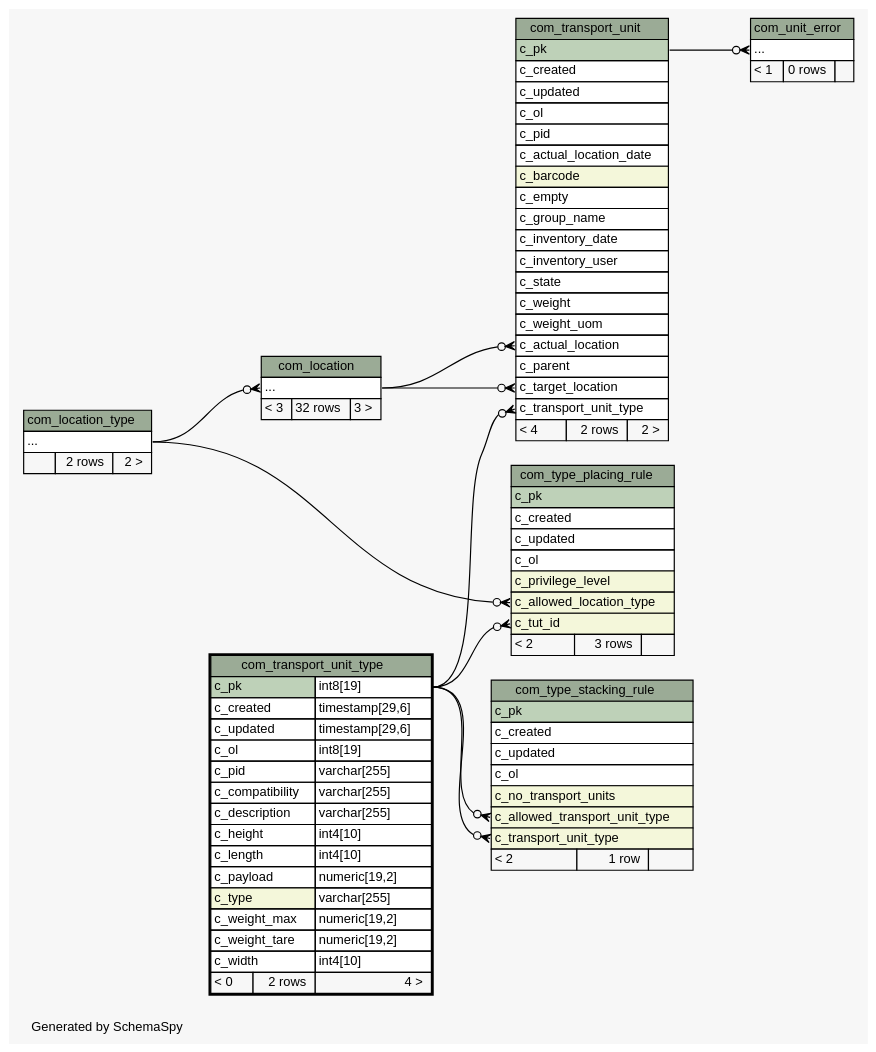
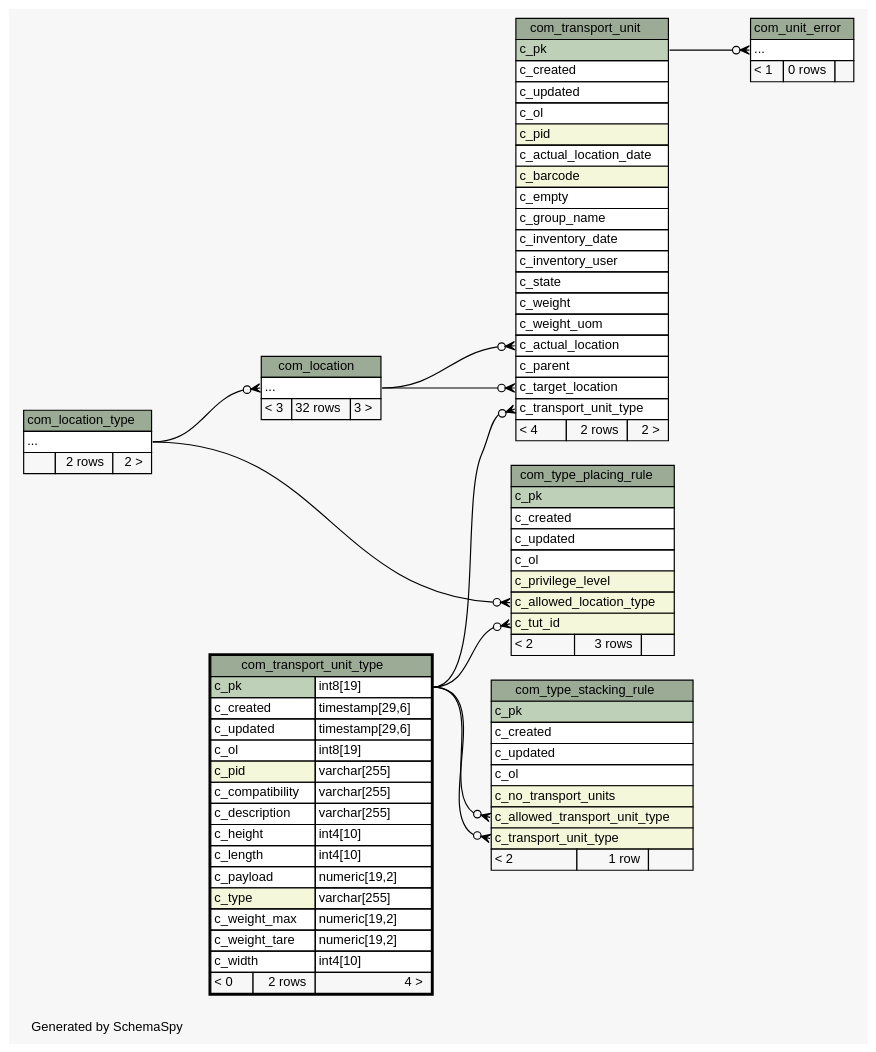
Before and after one commit to openwms/org.openwms.common.service.lib: the diagram in 2.0.0-SNAPSHOT/schemaspy/diagrams/com_transport_unit_type.2degrees.dot, drawn with Graphviz. The commit also changed 522 other files, not shown here.

```diff
--- a/2.0.0-SNAPSHOT/schemaspy/diagrams/com_transport_unit_type.2degrees.dot
+++ b/2.0.0-SNAPSHOT/schemaspy/diagrams/com_transport_unit_type.2degrees.dot
@@ -1,143 +1,143 @@
 // dot 2.43.0 on Linux 5.11.0-1028-azure
 // SchemaSpy rev Unknown
 digraph "twoDegreesRelationshipsDiagram" {
   graph [
     rankdir="RL"
     bgcolor="#f7f7f7"
     label="\nGenerated by SchemaSpy"
     labeljust="l"
     nodesep="0.18"
     ranksep="0.46"
     fontname="Helvetica"
     fontsize="11"
   ];
   node [
     fontname="Helvetica"
     fontsize="11"
     shape="plaintext"
   ];
   edge [
     arrowsize="0.8"
   ];
   "com_location":"elipses":w -> "com_location_type":"elipses":e [arrowhead=none dir=back arrowtail=crowodot];
   "com_transport_unit":"c_actual_location":w -> "com_location":"elipses":e [arrowhead=none dir=back arrowtail=crowodot];
   "com_transport_unit":"c_target_location":w -> "com_location":"elipses":e [arrowhead=none dir=back arrowtail=crowodot];
   "com_transport_unit":"c_transport_unit_type":w -> "com_transport_unit_type":"c_pk.type":e [arrowhead=none dir=back arrowtail=crowodot];
   "com_type_placing_rule":"c_allowed_location_type":w -> "com_location_type":"elipses":e [arrowhead=none dir=back arrowtail=crowodot];
   "com_type_placing_rule":"c_tut_id":w -> "com_transport_unit_type":"c_pk.type":e [arrowhead=none dir=back arrowtail=crowodot];
   "com_type_stacking_rule":"c_allowed_transport_unit_type":w -> "com_transport_unit_type":"c_pk.type":e [arrowhead=none dir=back arrowtail=crowodot];
   "com_type_stacking_rule":"c_transport_unit_type":w -> "com_transport_unit_type":"c_pk.type":e [arrowhead=none dir=back arrowtail=crowodot];
   "com_unit_error":"elipses":w -> "com_transport_unit":"c_pk":e [arrowhead=none dir=back arrowtail=crowodot];
   "com_location" [
     label=<
     <TABLE BORDER="0" CELLBORDER="1" CELLSPACING="0" BGCOLOR="#ffffff">
       <TR><TD COLSPAN="3" BGCOLOR="#9bab96" ALIGN="CENTER">com_location</TD></TR>
       <TR><TD PORT="elipses" COLSPAN="3" ALIGN="LEFT">...</TD></TR>
       <TR><TD ALIGN="LEFT" BGCOLOR="#f7f7f7">&lt; 3</TD><TD ALIGN="RIGHT" BGCOLOR="#f7f7f7">32 rows</TD><TD ALIGN="RIGHT" BGCOLOR="#f7f7f7">3 &gt;</TD></TR>
     </TABLE>>
     URL="com_location.html"
     tooltip="com_location"
   ];
   "com_location_type" [
     label=<
     <TABLE BORDER="0" CELLBORDER="1" CELLSPACING="0" BGCOLOR="#ffffff">
       <TR><TD COLSPAN="3" BGCOLOR="#9bab96" ALIGN="CENTER">com_location_type</TD></TR>
       <TR><TD PORT="elipses" COLSPAN="3" ALIGN="LEFT">...</TD></TR>
       <TR><TD ALIGN="LEFT" BGCOLOR="#f7f7f7">  </TD><TD ALIGN="RIGHT" BGCOLOR="#f7f7f7">2 rows</TD><TD ALIGN="RIGHT" BGCOLOR="#f7f7f7">2 &gt;</TD></TR>
     </TABLE>>
     URL="com_location_type.html"
     tooltip="com_location_type"
   ];
   "com_transport_unit" [
     label=<
     <TABLE BORDER="0" CELLBORDER="1" CELLSPACING="0" BGCOLOR="#ffffff">
       <TR><TD COLSPAN="3" BGCOLOR="#9bab96" ALIGN="CENTER">com_transport_unit</TD></TR>
       <TR><TD PORT="c_pk" COLSPAN="3" BGCOLOR="#bed1b8" ALIGN="LEFT">c_pk</TD></TR>
       <TR><TD PORT="c_created" COLSPAN="3" ALIGN="LEFT">c_created</TD></TR>
       <TR><TD PORT="c_updated" COLSPAN="3" ALIGN="LEFT">c_updated</TD></TR>
       <TR><TD PORT="c_ol" COLSPAN="3" ALIGN="LEFT">c_ol</TD></TR>
-      <TR><TD PORT="c_pid" COLSPAN="3" ALIGN="LEFT">c_pid</TD></TR>
+      <TR><TD PORT="c_pid" COLSPAN="3" BGCOLOR="#f4f7da" ALIGN="LEFT">c_pid</TD></TR>
       <TR><TD PORT="c_actual_location_date" COLSPAN="3" ALIGN="LEFT">c_actual_location_date</TD></TR>
       <TR><TD PORT="c_barcode" COLSPAN="3" BGCOLOR="#f4f7da" ALIGN="LEFT">c_barcode</TD></TR>
       <TR><TD PORT="c_empty" COLSPAN="3" ALIGN="LEFT">c_empty</TD></TR>
       <TR><TD PORT="c_group_name" COLSPAN="3" ALIGN="LEFT">c_group_name</TD></TR>
       <TR><TD PORT="c_inventory_date" COLSPAN="3" ALIGN="LEFT">c_inventory_date</TD></TR>
       <TR><TD PORT="c_inventory_user" COLSPAN="3" ALIGN="LEFT">c_inventory_user</TD></TR>
       <TR><TD PORT="c_state" COLSPAN="3" ALIGN="LEFT">c_state</TD></TR>
       <TR><TD PORT="c_weight" COLSPAN="3" ALIGN="LEFT">c_weight</TD></TR>
       <TR><TD PORT="c_weight_uom" COLSPAN="3" ALIGN="LEFT">c_weight_uom</TD></TR>
       <TR><TD PORT="c_actual_location" COLSPAN="3" ALIGN="LEFT">c_actual_location</TD></TR>
       <TR><TD PORT="c_parent" COLSPAN="3" ALIGN="LEFT">c_parent</TD></TR>
       <TR><TD PORT="c_target_location" COLSPAN="3" ALIGN="LEFT">c_target_location</TD></TR>
       <TR><TD PORT="c_transport_unit_type" COLSPAN="3" ALIGN="LEFT">c_transport_unit_type</TD></TR>
       <TR><TD ALIGN="LEFT" BGCOLOR="#f7f7f7">&lt; 4</TD><TD ALIGN="RIGHT" BGCOLOR="#f7f7f7">2 rows</TD><TD ALIGN="RIGHT" BGCOLOR="#f7f7f7">2 &gt;</TD></TR>
     </TABLE>>
     URL="com_transport_unit.html"
     tooltip="com_transport_unit"
   ];
   "com_transport_unit_type" [
     label=<
     <TABLE BORDER="2" CELLBORDER="1" CELLSPACING="0" BGCOLOR="#ffffff">
       <TR><TD COLSPAN="3" BGCOLOR="#9bab96" ALIGN="CENTER">com_transport_unit_type</TD></TR>
       <TR><TD PORT="c_pk" COLSPAN="2" BGCOLOR="#bed1b8" ALIGN="LEFT">c_pk</TD><TD PORT="c_pk.type" ALIGN="LEFT">int8[19]</TD></TR>
       <TR><TD PORT="c_created" COLSPAN="2" ALIGN="LEFT">c_created</TD><TD PORT="c_created.type" ALIGN="LEFT">timestamp[29,6]</TD></TR>
       <TR><TD PORT="c_updated" COLSPAN="2" ALIGN="LEFT">c_updated</TD><TD PORT="c_updated.type" ALIGN="LEFT">timestamp[29,6]</TD></TR>
       <TR><TD PORT="c_ol" COLSPAN="2" ALIGN="LEFT">c_ol</TD><TD PORT="c_ol.type" ALIGN="LEFT">int8[19]</TD></TR>
-      <TR><TD PORT="c_pid" COLSPAN="2" ALIGN="LEFT">c_pid</TD><TD PORT="c_pid.type" ALIGN="LEFT">varchar[255]</TD></TR>
+      <TR><TD PORT="c_pid" COLSPAN="2" BGCOLOR="#f4f7da" ALIGN="LEFT">c_pid</TD><TD PORT="c_pid.type" ALIGN="LEFT">varchar[255]</TD></TR>
       <TR><TD PORT="c_compatibility" COLSPAN="2" ALIGN="LEFT">c_compatibility</TD><TD PORT="c_compatibility.type" ALIGN="LEFT">varchar[255]</TD></TR>
       <TR><TD PORT="c_description" COLSPAN="2" ALIGN="LEFT">c_description</TD><TD PORT="c_description.type" ALIGN="LEFT">varchar[255]</TD></TR>
       <TR><TD PORT="c_height" COLSPAN="2" ALIGN="LEFT">c_height</TD><TD PORT="c_height.type" ALIGN="LEFT">int4[10]</TD></TR>
       <TR><TD PORT="c_length" COLSPAN="2" ALIGN="LEFT">c_length</TD><TD PORT="c_length.type" ALIGN="LEFT">int4[10]</TD></TR>
       <TR><TD PORT="c_payload" COLSPAN="2" ALIGN="LEFT">c_payload</TD><TD PORT="c_payload.type" ALIGN="LEFT">numeric[19,2]</TD></TR>
       <TR><TD PORT="c_type" COLSPAN="2" BGCOLOR="#f4f7da" ALIGN="LEFT">c_type</TD><TD PORT="c_type.type" ALIGN="LEFT">varchar[255]</TD></TR>
       <TR><TD PORT="c_weight_max" COLSPAN="2" ALIGN="LEFT">c_weight_max</TD><TD PORT="c_weight_max.type" ALIGN="LEFT">numeric[19,2]</TD></TR>
       <TR><TD PORT="c_weight_tare" COLSPAN="2" ALIGN="LEFT">c_weight_tare</TD><TD PORT="c_weight_tare.type" ALIGN="LEFT">numeric[19,2]</TD></TR>
       <TR><TD PORT="c_width" COLSPAN="2" ALIGN="LEFT">c_width</TD><TD PORT="c_width.type" ALIGN="LEFT">int4[10]</TD></TR>
       <TR><TD ALIGN="LEFT" BGCOLOR="#f7f7f7">&lt; 0</TD><TD ALIGN="RIGHT" BGCOLOR="#f7f7f7">2 rows</TD><TD ALIGN="RIGHT" BGCOLOR="#f7f7f7">4 &gt;</TD></TR>
     </TABLE>>
     URL="com_transport_unit_type.html"
     tooltip="com_transport_unit_type"
   ];
   "com_type_placing_rule" [
     label=<
     <TABLE BORDER="0" CELLBORDER="1" CELLSPACING="0" BGCOLOR="#ffffff">
       <TR><TD COLSPAN="3" BGCOLOR="#9bab96" ALIGN="CENTER">com_type_placing_rule</TD></TR>
       <TR><TD PORT="c_pk" COLSPAN="3" BGCOLOR="#bed1b8" ALIGN="LEFT">c_pk</TD></TR>
       <TR><TD PORT="c_created" COLSPAN="3" ALIGN="LEFT">c_created</TD></TR>
       <TR><TD PORT="c_updated" COLSPAN="3" ALIGN="LEFT">c_updated</TD></TR>
       <TR><TD PORT="c_ol" COLSPAN="3" ALIGN="LEFT">c_ol</TD></TR>
       <TR><TD PORT="c_privilege_level" COLSPAN="3" BGCOLOR="#f4f7da" ALIGN="LEFT">c_privilege_level</TD></TR>
       <TR><TD PORT="c_allowed_location_type" COLSPAN="3" BGCOLOR="#f4f7da" ALIGN="LEFT">c_allowed_location_type</TD></TR>
       <TR><TD PORT="c_tut_id" COLSPAN="3" BGCOLOR="#f4f7da" ALIGN="LEFT">c_tut_id</TD></TR>
       <TR><TD ALIGN="LEFT" BGCOLOR="#f7f7f7">&lt; 2</TD><TD ALIGN="RIGHT" BGCOLOR="#f7f7f7">3 rows</TD><TD ALIGN="RIGHT" BGCOLOR="#f7f7f7">  </TD></TR>
     </TABLE>>
     URL="com_type_placing_rule.html"
     tooltip="com_type_placing_rule"
   ];
   "com_type_stacking_rule" [
     label=<
     <TABLE BORDER="0" CELLBORDER="1" CELLSPACING="0" BGCOLOR="#ffffff">
       <TR><TD COLSPAN="3" BGCOLOR="#9bab96" ALIGN="CENTER">com_type_stacking_rule</TD></TR>
       <TR><TD PORT="c_pk" COLSPAN="3" BGCOLOR="#bed1b8" ALIGN="LEFT">c_pk</TD></TR>
       <TR><TD PORT="c_created" COLSPAN="3" ALIGN="LEFT">c_created</TD></TR>
       <TR><TD PORT="c_updated" COLSPAN="3" ALIGN="LEFT">c_updated</TD></TR>
       <TR><TD PORT="c_ol" COLSPAN="3" ALIGN="LEFT">c_ol</TD></TR>
       <TR><TD PORT="c_no_transport_units" COLSPAN="3" BGCOLOR="#f4f7da" ALIGN="LEFT">c_no_transport_units</TD></TR>
       <TR><TD PORT="c_allowed_transport_unit_type" COLSPAN="3" BGCOLOR="#f4f7da" ALIGN="LEFT">c_allowed_transport_unit_type</TD></TR>
       <TR><TD PORT="c_transport_unit_type" COLSPAN="3" BGCOLOR="#f4f7da" ALIGN="LEFT">c_transport_unit_type</TD></TR>
       <TR><TD ALIGN="LEFT" BGCOLOR="#f7f7f7">&lt; 2</TD><TD ALIGN="RIGHT" BGCOLOR="#f7f7f7">1 row</TD><TD ALIGN="RIGHT" BGCOLOR="#f7f7f7">  </TD></TR>
     </TABLE>>
     URL="com_type_stacking_rule.html"
     tooltip="com_type_stacking_rule"
   ];
   "com_unit_error" [
     label=<
     <TABLE BORDER="0" CELLBORDER="1" CELLSPACING="0" BGCOLOR="#ffffff">
       <TR><TD COLSPAN="3" BGCOLOR="#9bab96" ALIGN="CENTER">com_unit_error</TD></TR>
       <TR><TD PORT="elipses" COLSPAN="3" ALIGN="LEFT">...</TD></TR>
       <TR><TD ALIGN="LEFT" BGCOLOR="#f7f7f7">&lt; 1</TD><TD ALIGN="RIGHT" BGCOLOR="#f7f7f7">0 rows</TD><TD ALIGN="RIGHT" BGCOLOR="#f7f7f7">  </TD></TR>
     </TABLE>>
     URL="com_unit_error.html"
     tooltip="com_unit_error"
   ];
 }
```
